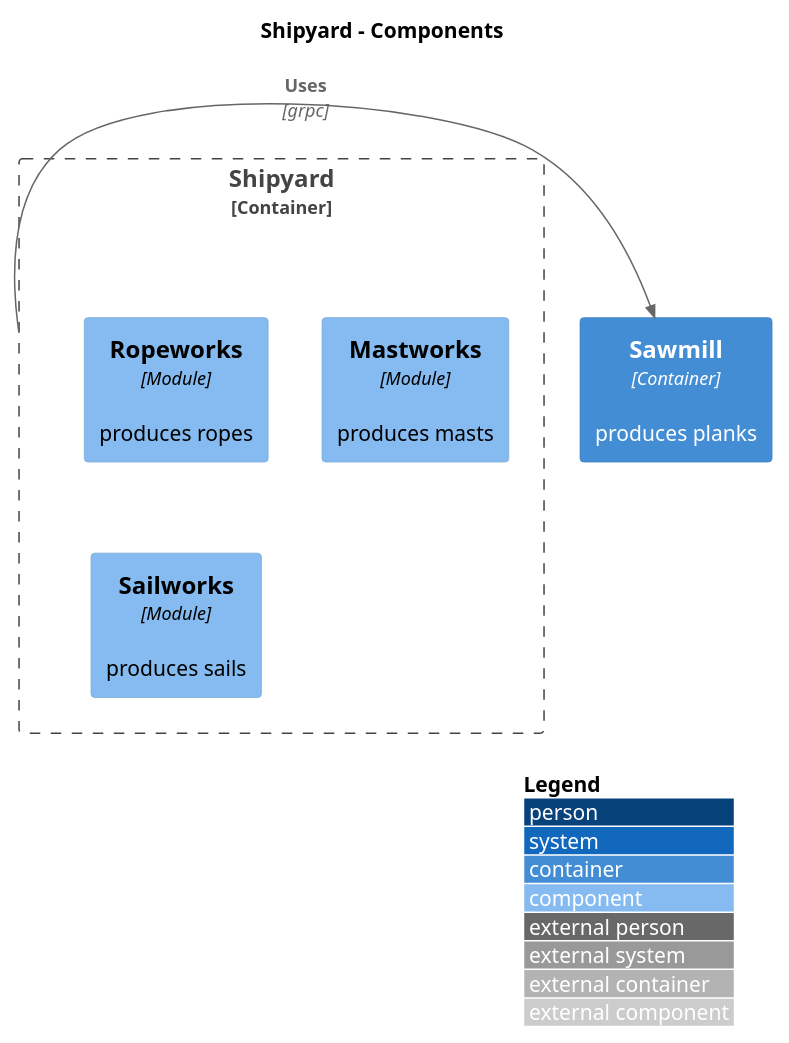
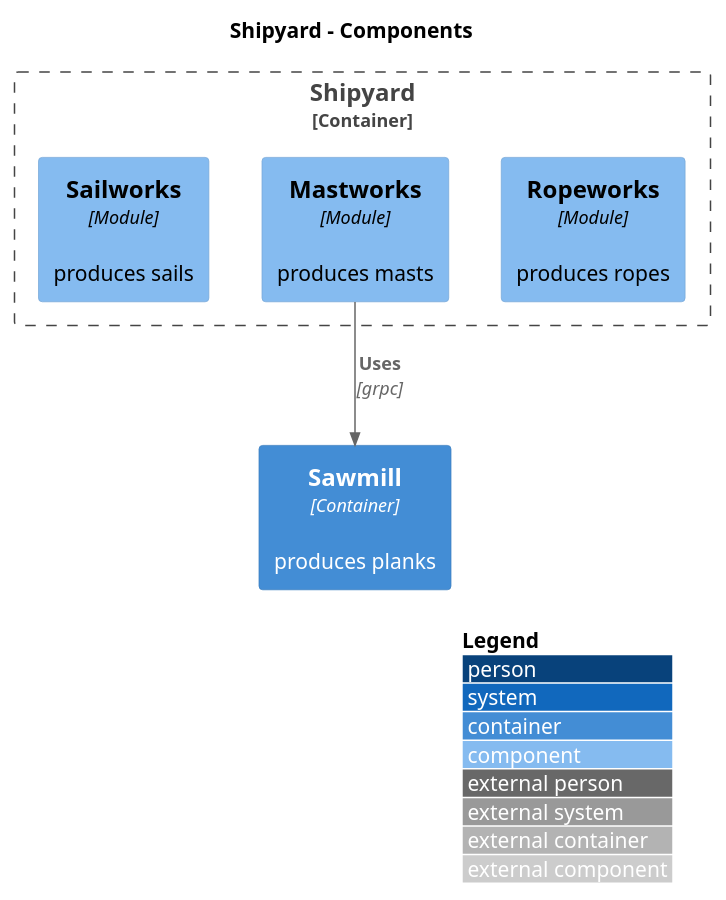
The diagram in modular-monolith/docs/C4_Component.puml (mateuszmidor/GoStudy), drawn with PlantUML before and after one commit. The commit also changed 4 other files, not shown here.

Commit message:
now mastworks module requests raw product from sawmill

```diff
--- a/modular-monolith/docs/C4_Component.puml
+++ b/modular-monolith/docs/C4_Component.puml
@@ -1,15 +1,15 @@
 @startuml
 !include https://raw.githubusercontent.com/plantuml-stdlib/C4-PlantUML/master/C4_Component.puml
 
 LAYOUT_WITH_LEGEND()
 
 title Shipyard - Components
 
-Container_Boundary(Shipyard, "Shipyard") {
+Container_Boundary(shipyard, "Shipyard") {
     Component(ropeworks, "Ropeworks", "Module", "produces ropes")
     Component(mastworks, "Mastworks", "Module", "produces masts")
     Component(sailworks, "Sailworks", "Module", "produces sails")
 }
-Container(Sawmill, "Sawmill", "Container", "produces planks")
-Rel_Neighbor(Shipyard, Sawmill, "Uses", "grpc")
+Container(sawmill, "Sawmill", "Container", "produces planks")
+Rel(mastworks, sawmill, "Uses", "grpc")
 @enduml
```
